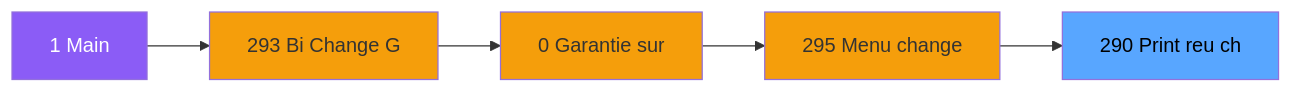
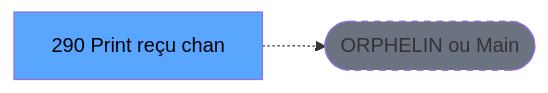
Before and after one commit to thonyAGP/lecteur-magic: the second of 3 diagrams in .openspec/specs/ADH-IDE-290.md, drawn with Mermaid. The commit also changed other lines of this file and 701 other files, not shown here.

````diff
--- a/.openspec/specs/ADH-IDE-290.md
+++ b/.openspec/specs/ADH-IDE-290.md
@@ -123,17 +122,8 @@
 ```mermaid
 graph LR
-    M[1 Main]
-    N293[293 Bi  Change G]
-    N0[0 Garantie sur]
-    N295[295 Menu change ]
-    T[290 Print reu ch]
-    M --> N293
-    N293 --> N0
-    N0 --> N295
-    N295 --> T
-    style M fill:#8b5cf6,color:#fff
-    style N293 fill:#f59e0b
-    style N0 fill:#f59e0b
-    style N295 fill:#f59e0b
+    T[290 Print reçu chan]
+    ORPHAN([ORPHELIN ou Main])
+    T -.-> ORPHAN
     style T fill:#58a6ff,color:#000
+    style ORPHAN fill:#6b7280,stroke-dasharray: 5 5
 ```
````
